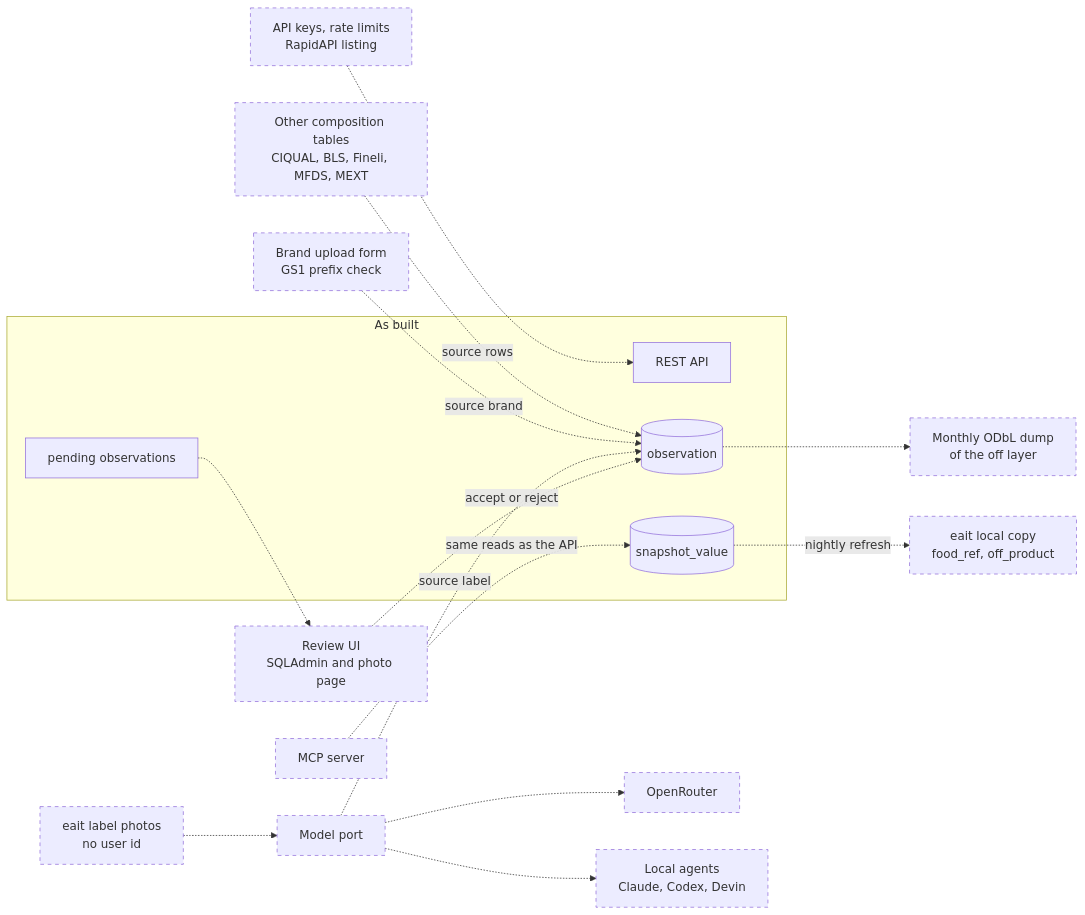
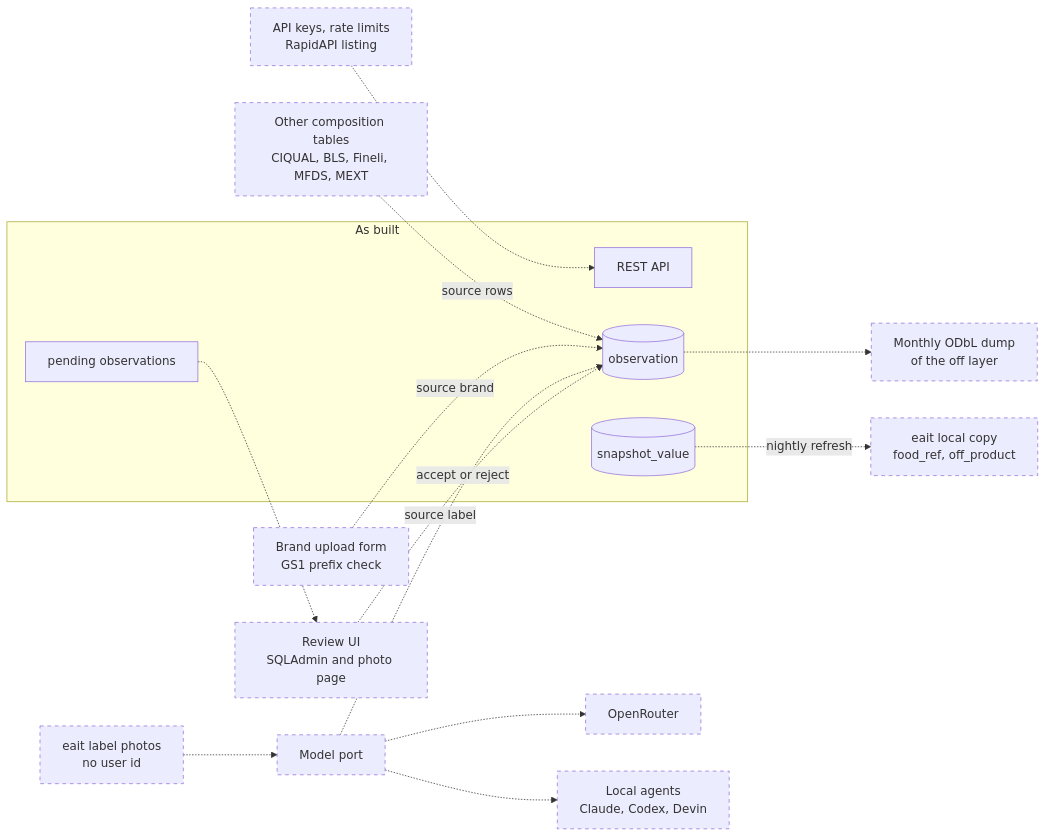
The ninth of 9 diagrams in docs/architecture.md (eait-fit/fooddb), drawn with Mermaid before and after one commit. The commit also changed other lines of this file and 8 other files, not shown here.

First line of the commit message:
feat: MCP server with the REST reads, over stdio and Streamable HTTP (#19)

````diff
--- a/docs/architecture.md
+++ b/docs/architecture.md
@@ -481,34 +520,32 @@
 ```mermaid
 flowchart LR
     subgraph built["As built"]
         api["REST API"]
         obs[("observation")]
         pend["pending observations"]
         snap[("snapshot_value")]
     end
     tables["Other composition tables<br/>CIQUAL, BLS, Fineli, MFDS, MEXT"]
     brand["Brand upload form<br/>GS1 prefix check"]
     eaitp["eait label photos<br/>no user id"]
     port["Model port"]
     orouter["OpenRouter"]
     agents["Local agents<br/>Claude, Codex, Devin"]
     review["Review UI<br/>SQLAdmin and photo page"]
-    mcp["MCP server"]
     keys["API keys, rate limits<br/>RapidAPI listing"]
     eaitc["eait local copy<br/>food_ref, off_product"]
     odbl["Monthly ODbL dump<br/>of the off layer"]
     tables -.->|"source rows"| obs
     brand -.->|"source brand"| obs
     eaitp -.-> port
     port -.-> orouter
     port -.-> agents
     port -.->|"source label"| obs
     pend -.-> review
     review -.->|"accept or reject"| obs
-    mcp -.->|"same reads as the API"| snap
     keys -.-> api
     snap -.->|"nightly refresh"| eaitc
     obs -.-> odbl
     classDef planned stroke-dasharray: 5 5
-    class tables,brand,eaitp,port,orouter,agents,review,mcp,keys,eaitc,odbl planned
+    class tables,brand,eaitp,port,orouter,agents,review,keys,eaitc,odbl planned
 ```
````
